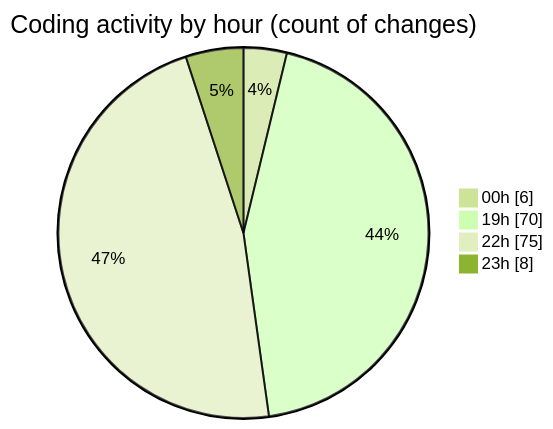
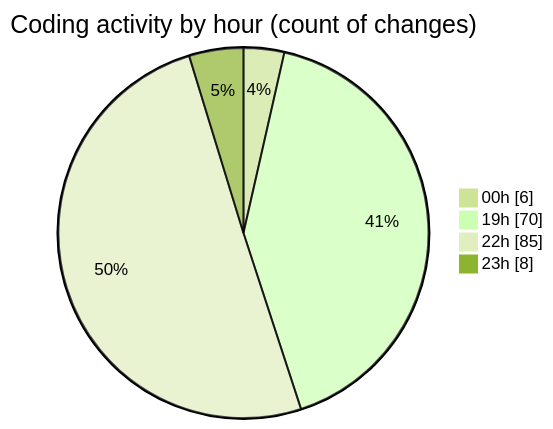
Before and after one commit to Ritupan-Deka/code-tracking: the second of 2 diagrams in 2025-08-05/javascript/README.md, drawn with Mermaid (forest theme). The commit also changed other lines of this file and 1 other file, not shown here.

````diff
--- a/2025-08-05/javascript/README.md
+++ b/2025-08-05/javascript/README.md
@@ -30,8 +30,8 @@
 ```mermaid
 pie showData
 title Coding activity by hour (count of changes)
 "00h" : 6
 "19h" : 70
-"22h" : 75
+"22h" : 85
 "23h" : 8
 ```
````
